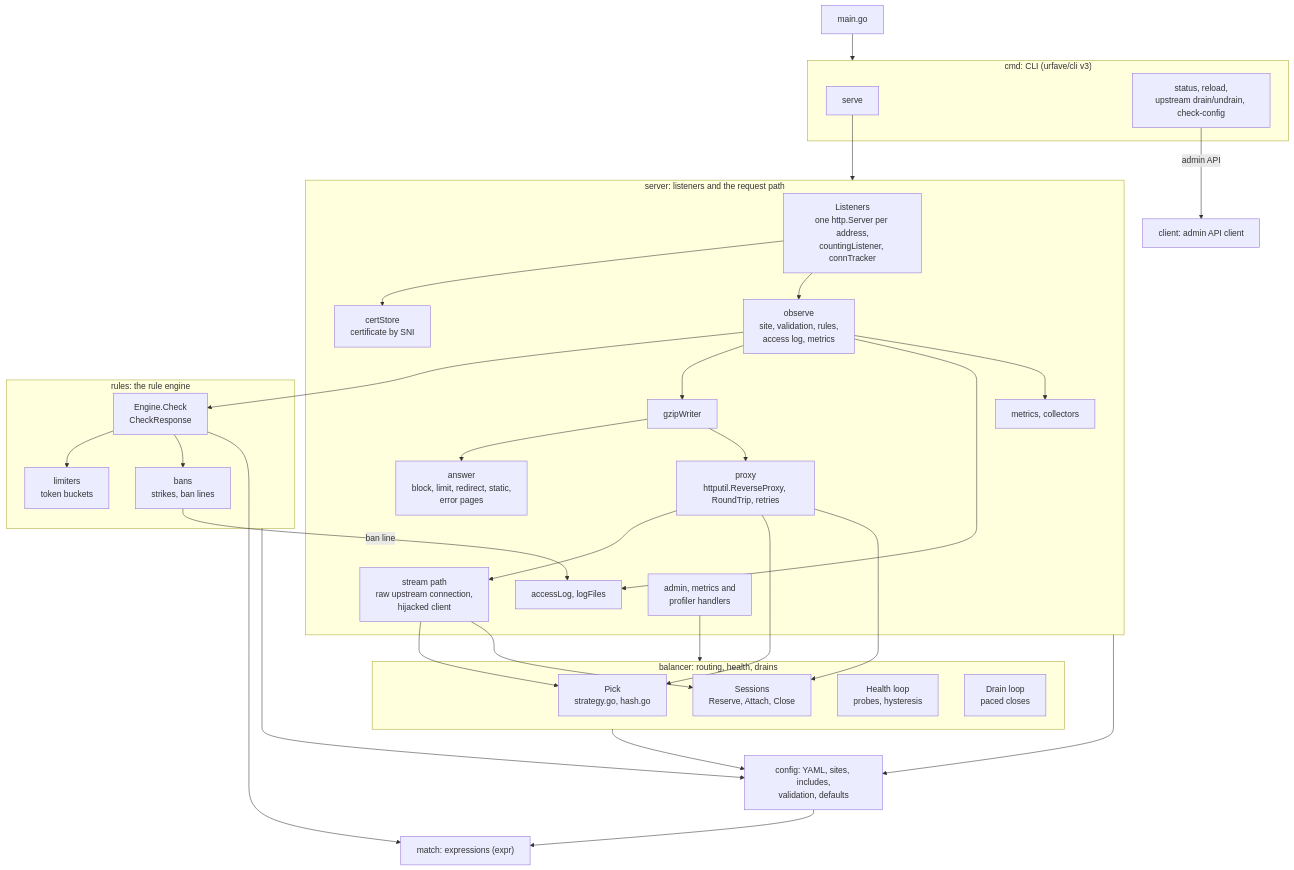
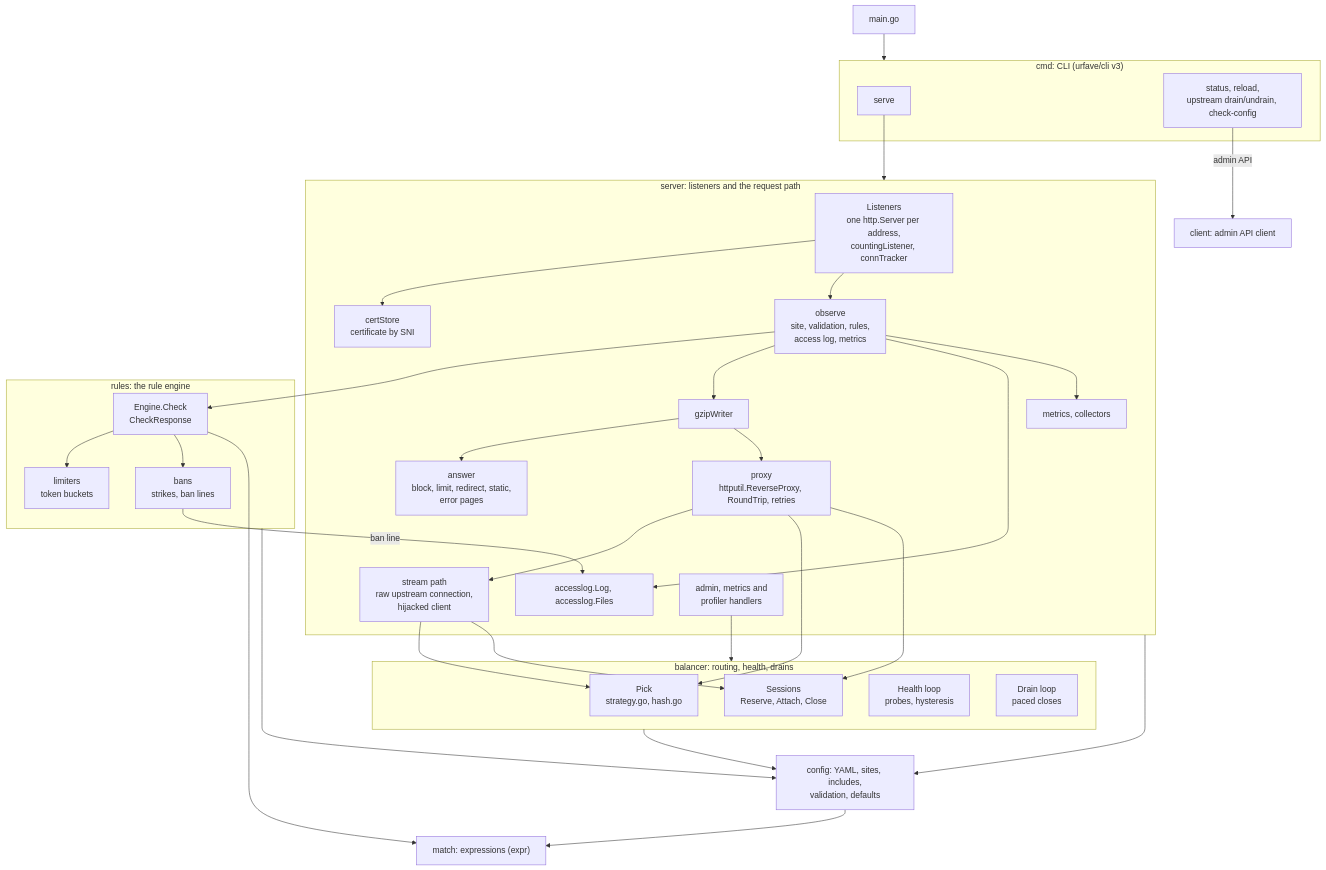
Before and after one commit to binwiederhier/ntlb: the second of 16 diagrams in docs/architecture.md, drawn with Mermaid. The commit also changed 11 other files, not shown here.

Commit message:
Move the access logs and the ban file to package accesslog

````diff
--- a/docs/architecture.md
+++ b/docs/architecture.md
@@ -53,62 +53,62 @@
 ```mermaid
 flowchart TB
     main["main.go"] --> cmd
     subgraph cmd["cmd: CLI (urfave/cli v3)"]
         serve["serve"]
         cli["status, reload,<br/>upstream drain/undrain, check-config"]
     end
     cli -- "admin API" --> client["client: admin API client"]
     serve --> server
 
     subgraph server["server: listeners and the request path"]
         listeners["Listeners<br/>one http.Server per address,<br/>countingListener, connTracker"]
         certs["certStore<br/>certificate by SNI"]
         observe["observe<br/>site, validation, rules,<br/>access log, metrics"]
         gzip["gzipWriter"]
         answer["answer<br/>block, limit, redirect, static,<br/>error pages"]
         proxy["proxy<br/>httputil.ReverseProxy, RoundTrip, retries"]
         stream["stream path<br/>raw upstream connection,<br/>hijacked client"]
-        accesslog["accessLog, logFiles"]
+        accesslog["accesslog.Log, accesslog.Files"]
         metrics["metrics, collectors"]
         admin["admin, metrics and<br/>profiler handlers"]
     end
 
     subgraph balancer["balancer: routing, health, drains"]
         pick["Pick<br/>strategy.go, hash.go"]
         sessions["Sessions<br/>Reserve, Attach, Close"]
         health["Health loop<br/>probes, hysteresis"]
         drains["Drain loop<br/>paced closes"]
     end
 
     subgraph rules["rules: the rule engine"]
         engine["Engine.Check<br/>CheckResponse"]
         limiters["limiters<br/>token buckets"]
         bans["bans<br/>strikes, ban lines"]
     end
 
     match["match: expressions (expr)"]
     config["config: YAML, sites, includes,<br/>validation, defaults"]
 
     listeners --> certs
     listeners --> observe
     observe --> engine
     observe --> gzip
     gzip --> answer
     gzip --> proxy
     proxy --> stream
     proxy --> pick
     proxy --> sessions
     stream --> pick
     stream --> sessions
     observe --> accesslog
     observe --> metrics
     engine --> limiters
     engine --> bans
     bans -- "ban line" --> accesslog
     engine --> match
     config --> match
     server --> config
     balancer --> config
     rules --> config
     admin --> balancer
 ```
````
